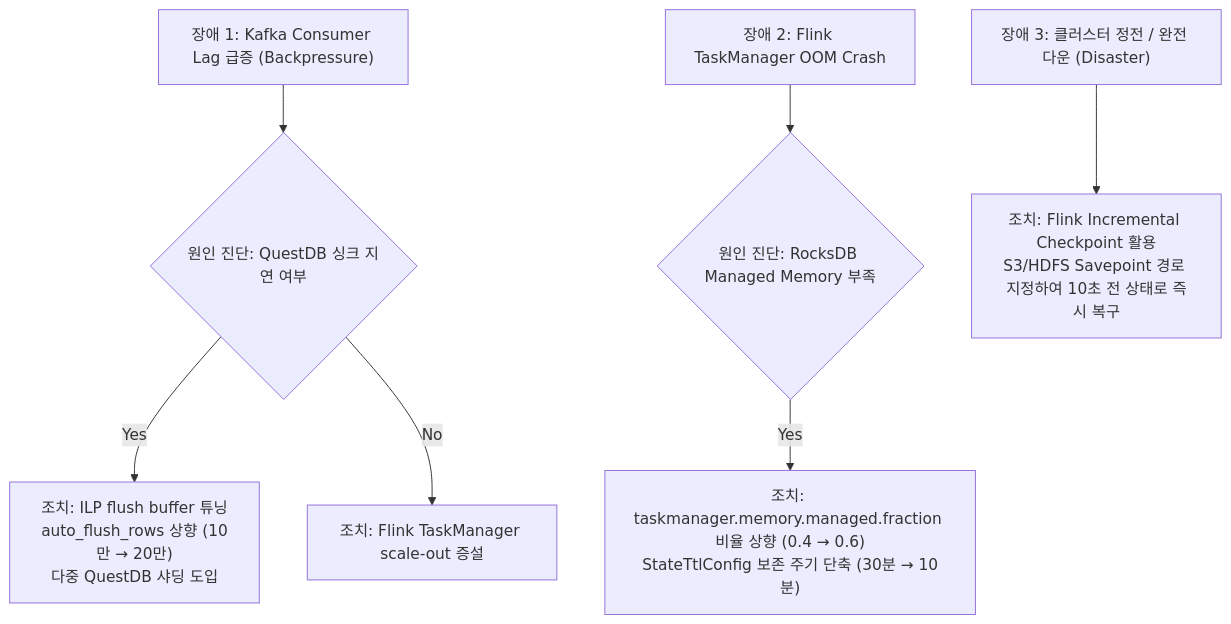
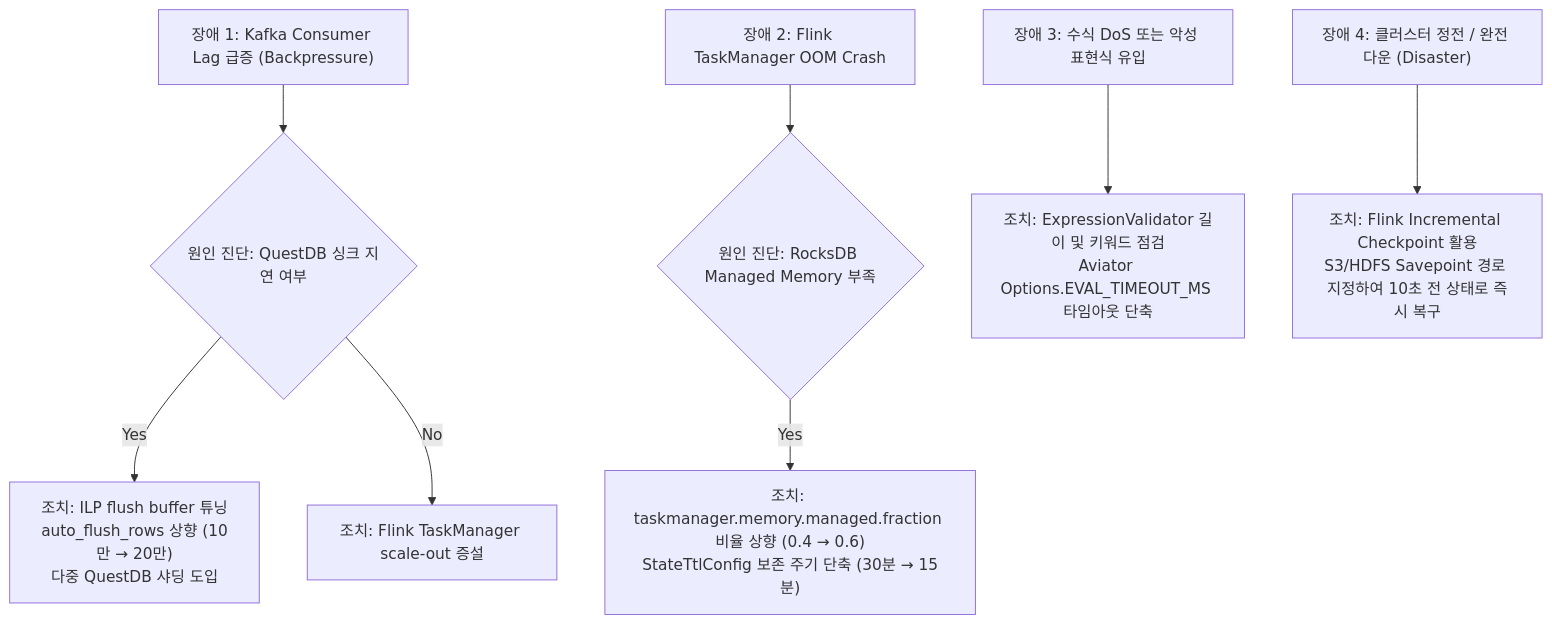
Before and after one commit to imoil/formula-evaluator-service: the eighth of 8 diagrams in ARCHITECTURE_GUIDE.md, drawn with Mermaid. The commit also changed other lines of this file and 4 other files, not shown here.

First line of the commit message:
docs: update architecture, README, GEMINI, and frontend/streaming guides

````diff
--- a/ARCHITECTURE_GUIDE.md
+++ b/ARCHITECTURE_GUIDE.md
@@ -362,11 +627,13 @@
 ```mermaid
 flowchart TD
     Issue1["장애 1: Kafka Consumer Lag 급증 (Backpressure)"] --> Cause1{"원인 진단: QuestDB 싱크 지연 여부"}
     Cause1 -->|Yes| Fix1["조치: ILP flush buffer 튜닝<br/>auto_flush_rows 상향 (10만 → 20만)<br/>다중 QuestDB 샤딩 도입"]
     Cause1 -->|No| Fix1_2["조치: Flink TaskManager scale-out 증설"]
 
     Issue2["장애 2: Flink TaskManager OOM Crash"] --> Cause2{"원인 진단: RocksDB Managed Memory 부족"}
-    Cause2 -->|Yes| Fix2["조치: taskmanager.memory.managed.fraction 비율 상향 (0.4 → 0.6)<br/>StateTtlConfig 보존 주기 단축 (30분 → 10분)"]
+    Cause2 -->|Yes| Fix2["조치: taskmanager.memory.managed.fraction 비율 상향 (0.4 → 0.6)<br/>StateTtlConfig 보존 주기 단축 (30분 → 15분)"]
 
-    Issue3["장애 3: 클러스터 정전 / 완전 다운 (Disaster)"] --> Fix3["조치: Flink Incremental Checkpoint 활용<br/>S3/HDFS Savepoint 경로 지정하여 10초 전 상태로 즉시 복구"]
+    Issue3["장애 3: 수식 DoS 또는 악성 표현식 유입"] --> Fix3["조치: ExpressionValidator 길이 및 키워드 점검<br/>Aviator Options.EVAL_TIMEOUT_MS 타임아웃 단축"]
+
+    Issue4["장애 4: 클러스터 정전 / 완전 다운 (Disaster)"] --> Fix4["조치: Flink Incremental Checkpoint 활용<br/>S3/HDFS Savepoint 경로 지정하여 10초 전 상태로 즉시 복구"]
 ```
````
